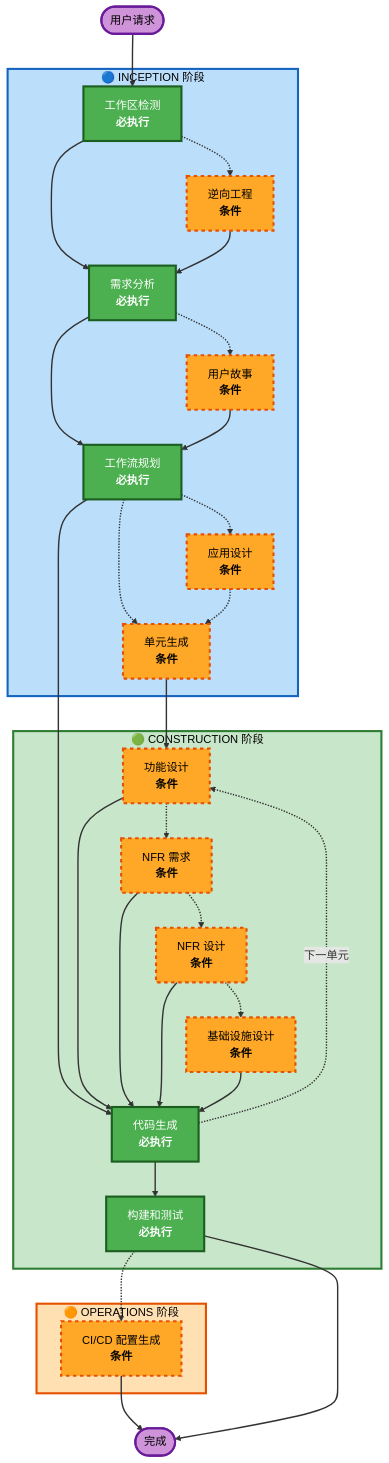
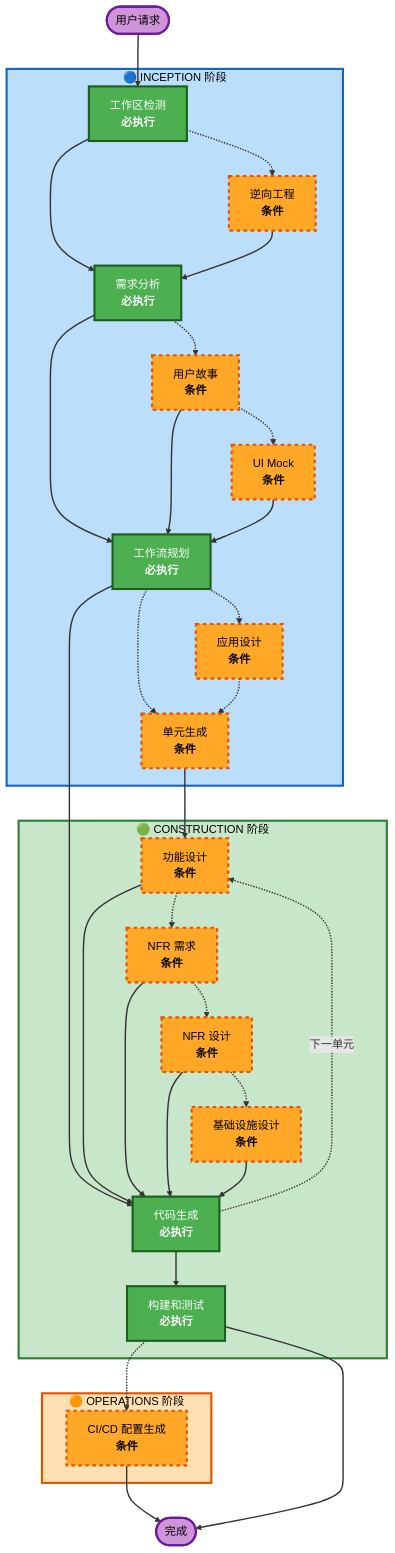
Before and after one commit to bluenesscrab/loeyae-aidlc: the diagram in steering/common-process-overview.md, drawn with Mermaid. The commit also changed other lines of this file and 20 other files, not shown here.

````diff
--- a/steering/common-process-overview.md
+++ b/steering/common-process-overview.md
@@ -44,77 +44,81 @@
 ```mermaid
 flowchart TD
     Start(["用户请求"])
     
     subgraph INCEPTION["🔵 INCEPTION 阶段"]
         WD["工作区检测<br/><b>必执行</b>"]
         RE["逆向工程<br/><b>条件</b>"]
         RA["需求分析<br/><b>必执行</b>"]
         Stories["用户故事<br/><b>条件</b>"]
+        UIMock["UI Mock<br/><b>条件</b>"]
         WP["工作流规划<br/><b>必执行</b>"]
         AppDesign["应用设计<br/><b>条件</b>"]
         UnitsG["单元生成<br/><b>条件</b>"]
     end
     
     subgraph CONSTRUCTION["🟢 CONSTRUCTION 阶段"]
         FD["功能设计<br/><b>条件</b>"]
         NFRA["NFR 需求<br/><b>条件</b>"]
         NFRD["NFR 设计<br/><b>条件</b>"]
         ID["基础设施设计<br/><b>条件</b>"]
         CG["代码生成<br/><b>必执行</b>"]
         BT["构建和测试<br/><b>必执行</b>"]
     end
 
     subgraph OPERATIONS["🟠 OPERATIONS 阶段"]
         OPS["CI/CD 配置生成<br/><b>条件</b>"]
     end
     
     Start --> WD
     WD -.-> RE
     WD --> RA
     RE --> RA
     
     RA -.-> Stories
     RA --> WP
+    Stories -.-> UIMock
     Stories --> WP
+    UIMock --> WP
     
     WP -.-> AppDesign
     WP -.-> UnitsG
     AppDesign -.-> UnitsG
     UnitsG --> FD
     FD -.-> NFRA
     NFRA -.-> NFRD
     NFRD -.-> ID
     
     WP --> CG
     FD --> CG
     NFRA --> CG
     NFRD --> CG
     ID --> CG
     CG -.->|下一单元| FD
     CG --> BT
     BT -.-> OPS
     OPS --> End(["完成"])
     BT --> End
     
     style WD fill:#4CAF50,stroke:#1B5E20,stroke-width:3px,color:#fff
     style RA fill:#4CAF50,stroke:#1B5E20,stroke-width:3px,color:#fff
     style WP fill:#4CAF50,stroke:#1B5E20,stroke-width:3px,color:#fff
     style CG fill:#4CAF50,stroke:#1B5E20,stroke-width:3px,color:#fff
     style BT fill:#4CAF50,stroke:#1B5E20,stroke-width:3px,color:#fff
     style RE fill:#FFA726,stroke:#E65100,stroke-width:3px,stroke-dasharray: 5 5,color:#000
     style Stories fill:#FFA726,stroke:#E65100,stroke-width:3px,stroke-dasharray: 5 5,color:#000
+    style UIMock fill:#FFA726,stroke:#E65100,stroke-width:3px,stroke-dasharray: 5 5,color:#000
     style AppDesign fill:#FFA726,stroke:#E65100,stroke-width:3px,stroke-dasharray: 5 5,color:#000
     style UnitsG fill:#FFA726,stroke:#E65100,stroke-width:3px,stroke-dasharray: 5 5,color:#000
     style FD fill:#FFA726,stroke:#E65100,stroke-width:3px,stroke-dasharray: 5 5,color:#000
     style NFRA fill:#FFA726,stroke:#E65100,stroke-width:3px,stroke-dasharray: 5 5,color:#000
     style NFRD fill:#FFA726,stroke:#E65100,stroke-width:3px,stroke-dasharray: 5 5,color:#000
     style ID fill:#FFA726,stroke:#E65100,stroke-width:3px,stroke-dasharray: 5 5,color:#000
     style OPS fill:#FFA726,stroke:#E65100,stroke-width:3px,stroke-dasharray: 5 5,color:#000
     style INCEPTION fill:#BBDEFB,stroke:#1565C0,stroke-width:3px,color:#000
     style CONSTRUCTION fill:#C8E6C9,stroke:#2E7D32,stroke-width:3px,color:#000
     style OPERATIONS fill:#FFE0B2,stroke:#E65100,stroke-width:3px,color:#000
     style Start fill:#CE93D8,stroke:#6A1B9A,stroke-width:3px,color:#000
     style End fill:#CE93D8,stroke:#6A1B9A,stroke-width:3px,color:#000
     
     linkStyle default stroke:#333,stroke-width:2px
 ```
````
